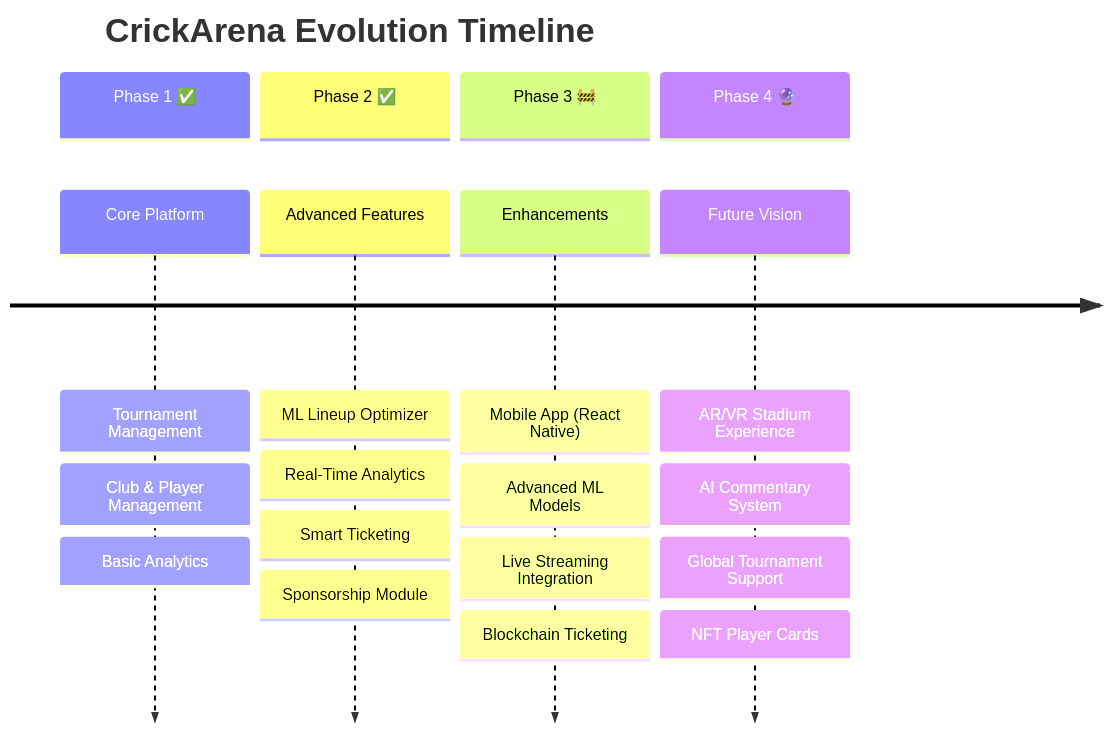
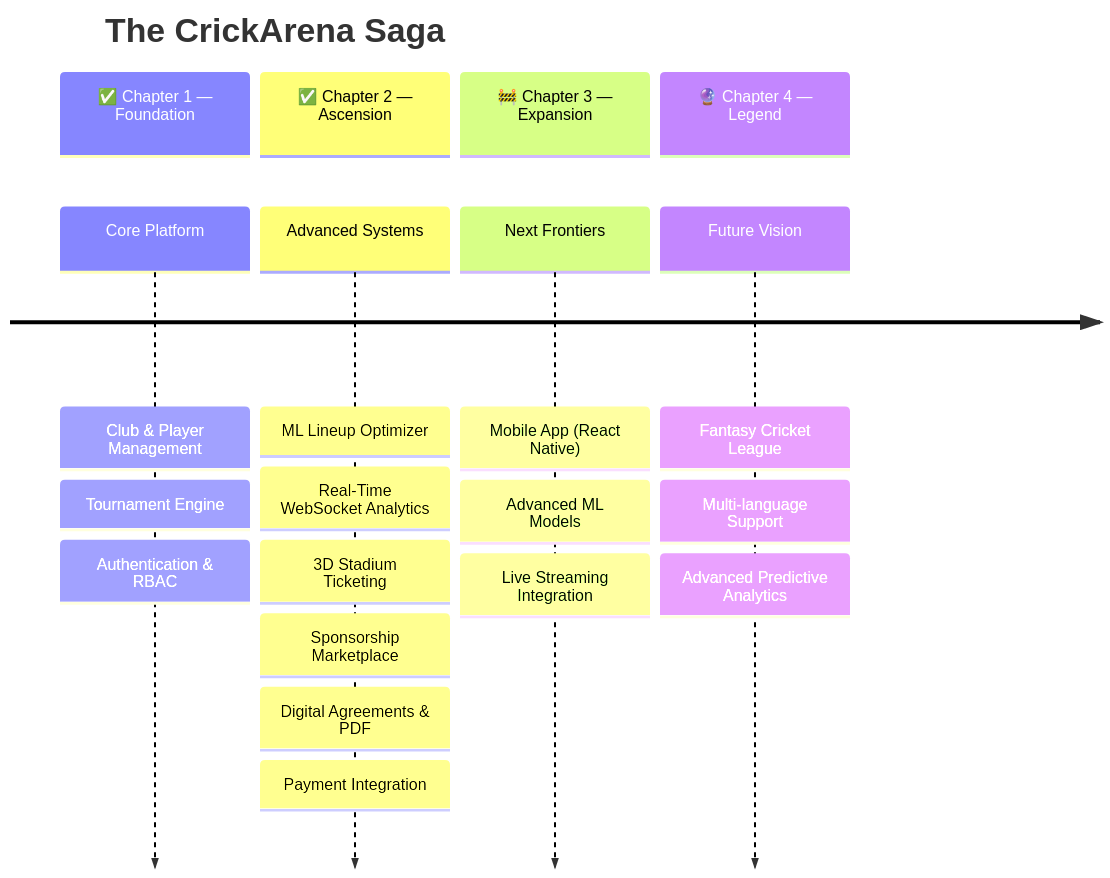
Before and after one commit to jamesvarghese7/Crickarena: the fourth of 4 diagrams in README.md, drawn with Mermaid. The commit also changed other lines of this file, not shown here.

````diff
--- a/README.md
+++ b/README.md
@@ -979,23 +1320,23 @@
 ```mermaid
 timeline
-    title CrickArena Evolution Timeline
-    section Phase 1 ✅
-        Core Platform : Tournament Management
-                      : Club & Player Management
-                      : Basic Analytics
-    section Phase 2 ✅
-        Advanced Features : ML Lineup Optimizer
-                          : Real-Time Analytics
-                          : Smart Ticketing
-                          : Sponsorship Module
-    section Phase 3 🚧
-        Enhancements : Mobile App (React Native)
-                     : Advanced ML Models
-                     : Live Streaming Integration
-                     : Blockchain Ticketing
-    section Phase 4 🔮
-        Future Vision : AR/VR Stadium Experience
-                      : AI Commentary System
-                      : Global Tournament Support
-                      : NFT Player Cards
+    title The CrickArena Saga
+    section ✅ Chapter 1 — Foundation
+        Core Platform : Club & Player Management
+                      : Tournament Engine
+                      : Authentication & RBAC
+    section ✅ Chapter 2 — Ascension
+        Advanced Systems : ML Lineup Optimizer
+                         : Real-Time WebSocket Analytics
+                         : 3D Stadium Ticketing
+                         : Sponsorship Marketplace
+                         : Digital Agreements & PDF
+                         : Payment Integration
+    section 🚧 Chapter 3 — Expansion
+        Next Frontiers : Mobile App (React Native)
+                       : Advanced ML Models
+                       : Live Streaming Integration
+    section 🔮 Chapter 4 — Legend
+        Future Vision : Fantasy Cricket League
+                      : Multi-language Support
+                      : Advanced Predictive Analytics
 ```
````
